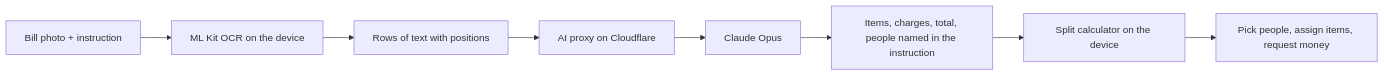
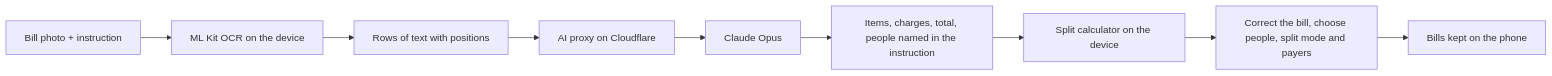
One commit to dantech0xff/split-bill-poc changed the diagram in README.md. Above: the diagram before and after it, drawn with Mermaid. The commit also changed other lines of this file and 2 other files, not shown here.

Commit message:
docs: describe the bills kept on the phone, the editor, scanning and split modes

````diff
--- a/README.md
+++ b/README.md
@@ -12,10 +13,11 @@
 ```mermaid
 flowchart LR
     A[Bill photo + instruction] --> B[ML Kit OCR on the device]
     B --> C[Rows of text with positions]
     C --> P[AI proxy on Cloudflare]
     P --> D[Claude Opus]
     D --> E[Items, charges, total, people named in the instruction]
     E --> F[Split calculator on the device]
-    F --> G[Pick people, assign items, request money]
+    F --> G[Correct the bill, choose people, split mode and payers]
+    G --> H[Bills kept on the phone]
 ```
````
